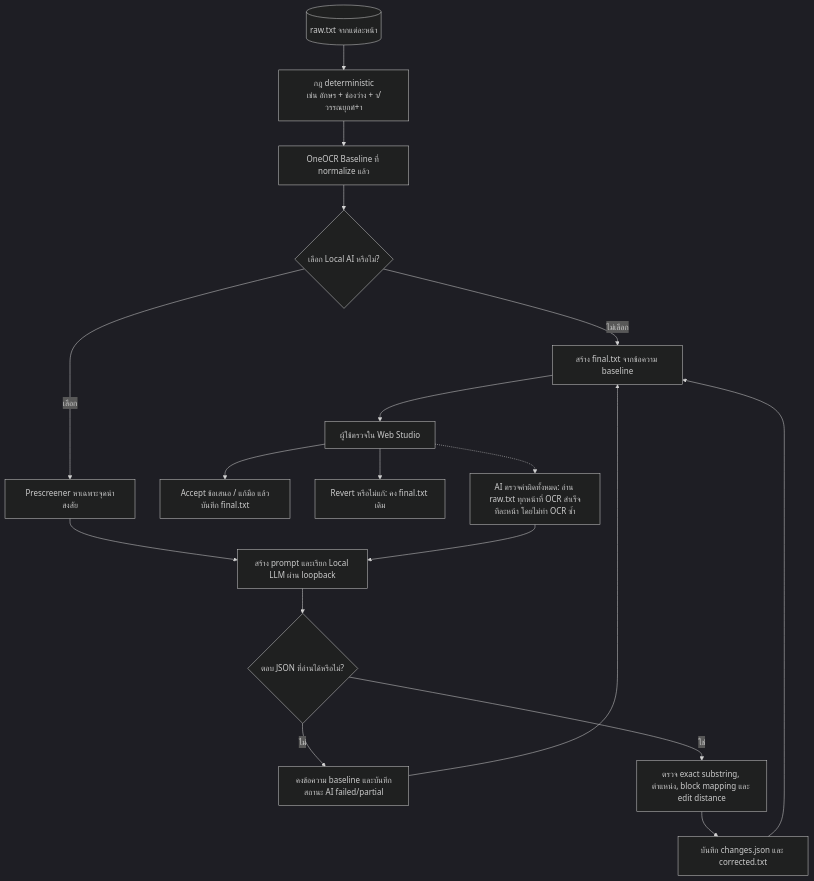
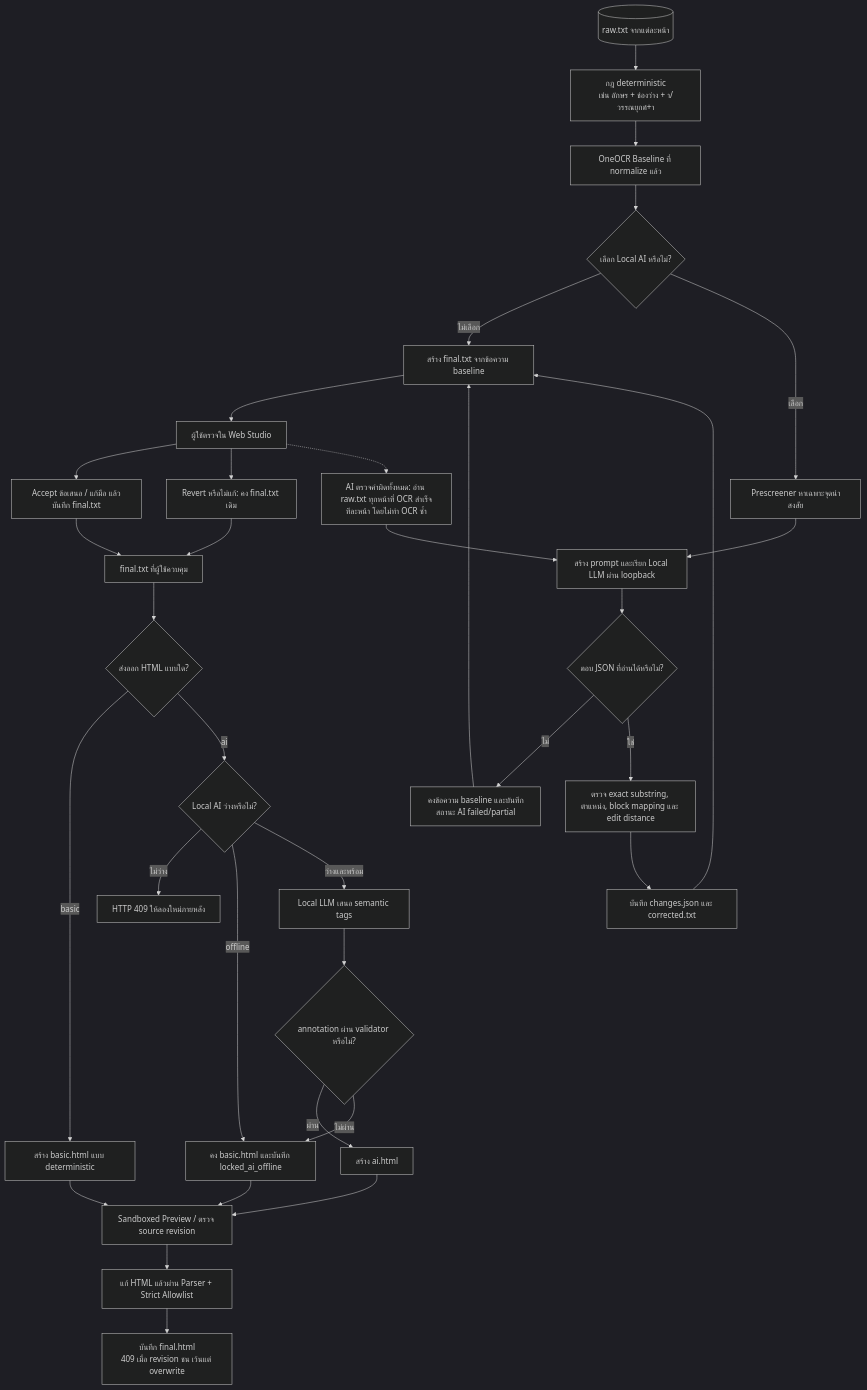
Before and after one commit to anuwatm/pdf-ocr-studio: the third of 5 diagrams in readme.md, drawn with Mermaid (dark theme). The commit also changed other lines of this file and 9 other files, not shown here.

Commit message:
feat(phase7): update structured HTML export, offline font stack, and acceptance audit

````diff
--- a/readme.md
+++ b/readme.md
@@ -186,20 +200,36 @@
 ```mermaid
 flowchart TD
     Raw[("raw.txt จากแต่ละหน้า")] --> Rule["กฎ deterministic<br/>เช่น อักษร + ช่องว่าง + า/วรรณยุกต์+า"]
     Rule --> Baseline["OneOCR Baseline ที่ normalize แล้ว"]
     Baseline --> Mode{"เลือก Local AI หรือไม่?"}
     Mode -->|ไม่เลือก| FinalRaw["สร้าง final.txt จากข้อความ baseline"]
     Mode -->|เลือก| Detect["Prescreener หาเฉพาะจุดน่าสงสัย"]
     Detect --> Prompt["สร้าง prompt และเรียก Local LLM ผ่าน loopback"]
     Prompt --> Response{"ตอบ JSON ที่อ่านได้หรือไม่?"}
     Response -->|ไม่| Safe["คงข้อความ baseline และบันทึกสถานะ AI failed/partial"]
     Response -->|ใช่| Validate["ตรวจ exact substring, ตำแหน่ง, block mapping และ edit distance"]
     Validate --> Proposals["บันทึก changes.json และ corrected.txt"]
     Safe --> FinalRaw
     Proposals --> FinalRaw
     FinalRaw --> Review["ผู้ใช้ตรวจใน Web Studio"]
     Review --> Accept["Accept ข้อเสนอ / แก้มือ แล้วบันทึก final.txt"]
     Review --> Revert["Revert หรือไม่แก้: คง final.txt เดิม"]
     Review -.-> FullAI["AI ตรวจคำผิดทั้งหมด: อ่าน raw.txt ทุกหน้าที่ OCR สำเร็จ<br/>ทีละหน้า โดยไม่ทำ OCR ซ้ำ"]
     FullAI --> Prompt
+    Accept --> SavedFinal["final.txt ที่ผู้ใช้ควบคุม"]
+    Revert --> SavedFinal
+    SavedFinal --> HtmlMode{"ส่งออก HTML แบบใด?"}
+    HtmlMode -->|basic| BasicHTML["สร้าง basic.html แบบ deterministic"]
+    HtmlMode -->|ai| HtmlAILock{"Local AI ว่างหรือไม่?"}
+    HtmlAILock -->|ไม่ว่าง| Conflict["HTTP 409 ให้ลองใหม่ภายหลัง"]
+    HtmlAILock -->|offline| BasicFallback["คง basic.html และบันทึก locked_ai_offline"]
+    HtmlAILock -->|ว่างและพร้อม| Semantic["Local LLM เสนอ semantic tags"]
+    Semantic --> HtmlValidate{"annotation ผ่าน validator หรือไม่?"}
+    HtmlValidate -->|ผ่าน| AIHTML["สร้าง ai.html"]
+    HtmlValidate -->|ไม่ผ่าน| BasicFallback
+    BasicHTML --> HtmlReview["Sandboxed Preview / ตรวจ source revision"]
+    AIHTML --> HtmlReview
+    BasicFallback --> HtmlReview
+    HtmlReview --> Sanitize["แก้ HTML แล้วผ่าน Parser + Strict Allowlist"]
+    Sanitize --> FinalHTML["บันทึก final.html<br/>409 เมื่อ revision ชน เว้นแต่ overwrite"]
 ```
````
